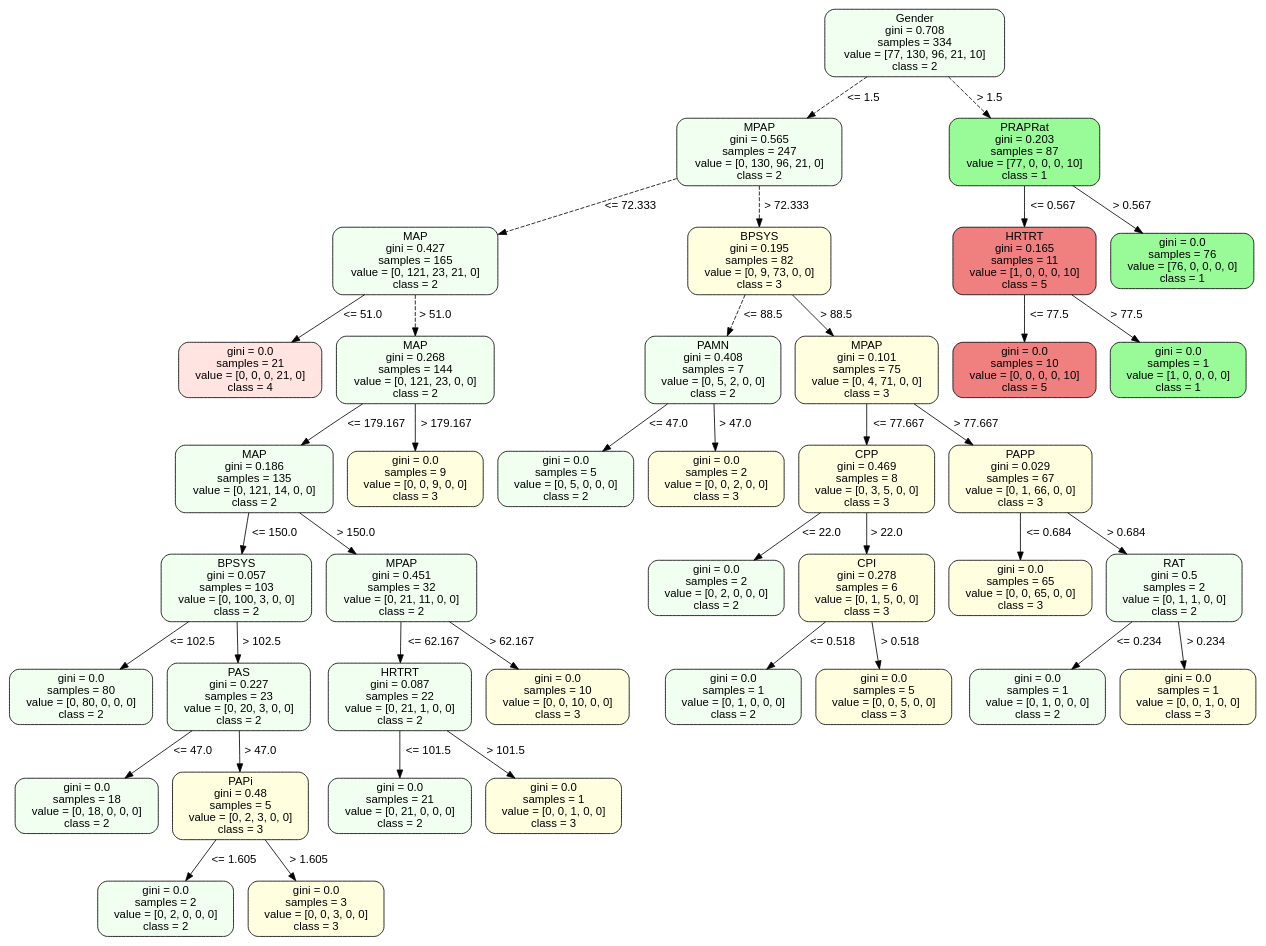
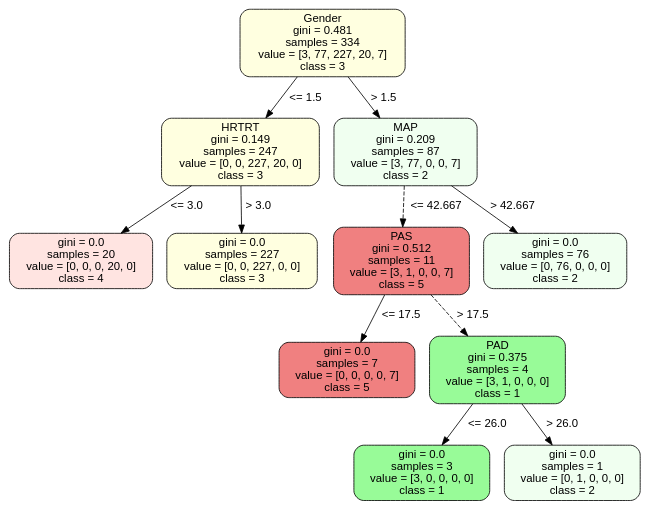
The diagram in TreeFiles/AC_Hemo_Death.dot (jozieLamp/CARNA), drawn with Graphviz before and after one commit. The commit also changed 23 other files, not shown here.

```diff
--- a/TreeFiles/AC_Hemo_Death.dot
+++ b/TreeFiles/AC_Hemo_Death.dot
@@ -1,5 +1,5 @@
 strict digraph Tree {
-	graph [bb="0,0,1306.5,1140"];
+	graph [bb="0,0,660.5,604"];
 	node [color=black,
 		fontname=helvetica,
 		label="\N",
@@ -7,431 +7,123 @@
 		style="filled, rounded"
 	];
 	edge [fontname=helvetica];
-	0	[fillcolor=honeydew,
+	0	[fillcolor=lightyellow,
 		height=1.1528,
-		label="Gender\ngini = 0.708\nsamples = 334\nvalue = [77, 130, 96, 21, 10]\nclass = 2",
-		pos="947.5,1098.5",
-		width=2.5694];
-	1	[fillcolor=honeydew,
+		label="Gender\ngini = 0.481\nsamples = 334\nvalue = [3, 77, 227, 20, 7]\nclass = 3",
+		pos="327.5,562.5",
+		width=2.3611];
+	1	[fillcolor=lightyellow,
 		height=1.1528,
-		label="MPAP\ngini = 0.565\nsamples = 247\nvalue = [0, 130, 96, 21, 0]\nclass = 2",
-		pos="784.5,964.5",
-		width=2.3611];
+		label="HRTRT\ngini = 0.149\nsamples = 247\nvalue = [0, 0, 227, 20, 0]\nclass = 3",
+		pos="241.5,428.5",
+		width=2.25];
 	0 -> 1	[label="<= 1.5",
 		labelangle=45,
 		labeldistance=2.5,
-		lp="891.5,1031.5",
+		lp="307.5,495.5",
 		op="<=",
 		param=1.5,
-		pos="e,834.57,1006 897.26,1056.8 879.99,1042.8 860.5,1027 842.64,1012.6",
-		style=dashed];
-	34	[fillcolor=palegreen,
-		height=1.1528,
-		label="PRAPRat\ngini = 0.203\nsamples = 87\nvalue = [77, 0, 0, 0, 10]\nclass = 1",
-		pos="1062.5,964.5",
-		width=2.1528];
-	0 -> 34	[label="> 1.5",
-		labelangle=-45,
-		labeldistance=2.5,
-		lp="1024,1031.5",
-		op=">",
-		param=1.5,
-		pos="e,1027,1006.3 982.94,1056.8 994.75,1043.3 1008,1028 1020.3,1014",
-		style=dashed];
-	2	[fillcolor=honeydew,
-		height=1.1528,
-		label="MAP\ngini = 0.427\nsamples = 165\nvalue = [0, 121, 23, 21, 0]\nclass = 2",
-		pos="423.5,830.5",
-		width=2.3611];
-	1 -> 2	[label="<= 72.333",
-		lp="646.5,897.5",
-		op="<=",
-		param=72.333,
-		pos="e,508.65,862.63 699.41,932.38 645.02,912.5 574.42,886.68 518.25,866.14",
-		style=dashed];
-	19	[fillcolor=lightyellow,
-		height=1.1528,
-		label="BPSYS\ngini = 0.195\nsamples = 82\nvalue = [0, 9, 73, 0, 0]\nclass = 3",
-		pos="784.5,830.5",
-		width=2.0417];
-	1 -> 19	[label="> 72.333",
-		lp="811.5,897.5",
-		op=">",
-		param=72.333,
-		pos="e,784.5,872.27 784.5,922.82 784.5,910.02 784.5,895.73 784.5,882.32",
-		style=dashed];
-	3	[fillcolor=mistyrose,
-		height=0.94444,
-		label="gini = 0.0\nsamples = 21\nvalue = [0, 0, 0, 21, 0]\nclass = 4",
-		pos="250.5,696.5",
-		width=2.0417];
-	2 -> 3	[label="<= 51.0",
-		lp="366,763.5",
-		op="<=",
-		param=51.0,
-		pos="e,293.79,730.53 370.18,788.82 348.44,772.23 323.4,753.12 301.86,736.69",
+		pos="e,268.07,470.27 301,520.82 292.33,507.52 282.61,492.6 273.58,478.74",
 		style=solid];
 	4	[fillcolor=honeydew,
 		height=1.1528,
-		label="MAP\ngini = 0.268\nsamples = 144\nvalue = [0, 121, 23, 0, 0]\nclass = 2",
-		pos="423.5,696.5",
-		width=2.25];
-	2 -> 4	[label="> 51.0",
-		lp="443,763.5",
+		label="MAP\ngini = 0.209\nsamples = 87\nvalue = [3, 77, 0, 0, 7]\nclass = 2",
+		pos="414.5,428.5",
+		width=2.0417];
+	0 -> 4	[label="> 1.5",
+		labelangle=-45,
+		labeldistance=2.5,
+		lp="390,495.5",
 		op=">",
-		param=51.0,
-		pos="e,423.5,738.27 423.5,788.82 423.5,776.02 423.5,761.73 423.5,748.32",
-		style=dashed];
-	5	[fillcolor=honeydew,
-		height=1.1528,
-		label="MAP\ngini = 0.186\nsamples = 135\nvalue = [0, 121, 14, 0, 0]\nclass = 2",
-		pos="254.5,562.5",
-		width=2.25];
-	4 -> 5	[label="<= 179.167",
-		lp="379.5,629.5",
-		op="<=",
-		param=179.167,
-		pos="e,306.41,604.05 371.42,654.82 353.42,640.76 333.11,624.9 314.53,610.39",
+		param=1.5,
+		pos="e,387.63,470.27 354.31,520.82 363.08,507.52 372.91,492.6 382.04,478.74",
 		style=solid];
-	18	[fillcolor=lightyellow,
+	2	[fillcolor=mistyrose,
 		height=0.94444,
-		label="gini = 0.0\nsamples = 9\nvalue = [0, 0, 9, 0, 0]\nclass = 3",
-		pos="423.5,562.5",
-		width=1.9444];
-	4 -> 18	[label="> 179.167",
-		lp="454,629.5",
-		op=">",
-		param=179.167,
-		pos="e,423.5,596.74 423.5,654.82 423.5,639.68 423.5,622.44 423.5,607.05",
-		style=solid];
-	6	[fillcolor=honeydew,
-		height=1.1528,
-		label="BPSYS\ngini = 0.057\nsamples = 103\nvalue = [0, 100, 3, 0, 0]\nclass = 2",
-		pos="236.5,428.5",
-		width=2.1528];
-	5 -> 6	[label="<= 150.0",
-		lp="274,495.5",
-		op="<=",
-		param=150.0,
-		pos="e,242.06,470.27 248.95,520.82 247.21,508.02 245.26,493.73 243.43,480.32",
-		style=solid];
-	13	[fillcolor=honeydew,
-		height=1.1528,
-		label="MPAP\ngini = 0.451\nsamples = 32\nvalue = [0, 21, 11, 0, 0]\nclass = 2",
-		pos="409.5,428.5",
-		width=2.1528];
-	5 -> 13	[label="> 150.0",
-		lp="360.5,495.5",
-		op=">",
-		param=150.0,
-		pos="e,361.89,470.05 302.27,520.82 318.7,506.83 337.23,491.04 354.21,476.59",
-		style=solid];
-	7	[fillcolor=honeydew,
-		height=0.94444,
-		label="gini = 0.0\nsamples = 80\nvalue = [0, 80, 0, 0, 0]\nclass = 2",
+		label="gini = 0.0\nsamples = 20\nvalue = [0, 0, 0, 20, 0]\nclass = 4",
 		pos="73.5,294.5",
 		width=2.0417];
-	6 -> 7	[label="<= 102.5",
-		lp="188,361.5",
+	1 -> 2	[label="<= 3.0",
+		lp="183.5,361.5",
 		op="<=",
-		param=102.5,
-		pos="e,114.29,328.53 186.26,386.82 165.87,370.3 142.39,351.29 122.16,334.9",
+		param=3.0,
+		pos="e,115.54,328.53 189.72,386.82 168.7,370.3 144.5,351.29 123.65,334.9",
 		style=solid];
-	8	[fillcolor=honeydew,
+	3	[fillcolor=lightyellow,
+		height=0.94444,
+		label="gini = 0.0\nsamples = 227\nvalue = [0, 0, 227, 0, 0]\nclass = 3",
+		pos="242.5,294.5",
+		width=2.1528];
+	1 -> 3	[label="> 3.0",
+		lp="258,361.5",
+		op=">",
+		param=3.0,
+		pos="e,242.25,328.74 241.81,386.82 241.92,371.68 242.05,354.44 242.17,339.05",
+		style=solid];
+	5	[fillcolor=lightcoral,
 		height=1.1528,
-		label="PAS\ngini = 0.227\nsamples = 23\nvalue = [0, 20, 3, 0, 0]\nclass = 2",
-		pos="238.5,294.5",
+		label="PAS\ngini = 0.512\nsamples = 11\nvalue = [3, 1, 0, 0, 7]\nclass = 5",
+		pos="410.5,294.5",
+		width=1.9444];
+	4 -> 5	[label="<= 42.667",
+		lp="444.5,361.5",
+		op="<=",
+		param=42.667,
+		pos="e,411.74,336.27 413.27,386.82 412.88,374.02 412.45,359.73 412.04,346.32",
+		style=dashed];
+	10	[fillcolor=honeydew,
+		height=0.94444,
+		label="gini = 0.0\nsamples = 76\nvalue = [0, 76, 0, 0, 0]\nclass = 2",
+		pos="572.5,294.5",
 		width=2.0417];
-	6 -> 8	[label="> 102.5",
-		lp="261.5,361.5",
+	4 -> 10	[label="> 42.667",
+		lp="525.5,361.5",
 		op=">",
-		param=102.5,
-		pos="e,237.88,336.27 237.12,386.82 237.31,374.02 237.53,359.73 237.73,346.32",
+		param=42.667,
+		pos="e,532.97,328.53 463.19,386.82 482.88,370.37 505.52,351.46 525.07,335.12",
+		style=solid];
+	6	[fillcolor=lightcoral,
+		height=0.94444,
+		label="gini = 0.0\nsamples = 7\nvalue = [0, 0, 0, 0, 7]\nclass = 5",
+		pos="353.5,160.5",
+		width=1.9444];
+	5 -> 6	[label="<= 17.5",
+		lp="408,227.5",
+		op="<=",
+		param=17.5,
+		pos="e,367.86,194.74 392.93,252.82 386.27,237.39 378.67,219.78 371.92,204.17",
+		style=solid];
+	7	[fillcolor=palegreen,
+		height=1.1528,
+		label="PAD\ngini = 0.375\nsamples = 4\nvalue = [3, 1, 0, 0, 0]\nclass = 1",
+		pos="511.5,160.5",
+		width=1.9444];
+	5 -> 7	[label="> 17.5",
+		lp="484,227.5",
+		op=">",
+		param=17.5,
+		pos="e,480.3,202.27 441.63,252.82 451.9,239.39 463.43,224.32 474.12,210.35",
+		style=dashed];
+	8	[fillcolor=palegreen,
+		height=0.94444,
+		label="gini = 0.0\nsamples = 3\nvalue = [3, 0, 0, 0, 0]\nclass = 1",
+		pos="432.5,34",
+		width=1.9444];
+	7 -> 8	[label="<= 26.0",
+		lp="498,93.5",
+		op="<=",
+		param=26.0,
+		pos="e,453.68,68.379 485.63,118.73 477.14,105.35 467.69,90.465 459.15,76.995",
 		style=solid];
 	9	[fillcolor=honeydew,
 		height=0.94444,
-		label="gini = 0.0\nsamples = 18\nvalue = [0, 18, 0, 0, 0]\nclass = 2",
-		pos="78.5,160.5",
-		width=2.0417];
-	8 -> 9	[label="<= 47.0",
-		lp="187,227.5",
-		op="<=",
-		param=47.0,
-		pos="e,118.54,194.53 189.19,252.82 169.17,236.3 146.12,217.29 126.26,200.9",
-		style=solid];
-	10	[fillcolor=lightyellow,
-		height=1.1528,
-		label="PAPi\ngini = 0.48\nsamples = 5\nvalue = [0, 2, 3, 0, 0]\nclass = 3",
-		pos="240.5,160.5",
+		label="gini = 0.0\nsamples = 1\nvalue = [0, 1, 0, 0, 0]\nclass = 2",
+		pos="590.5,34",
 		width=1.9444];
-	8 -> 10	[label="> 47.0",
-		lp="260,227.5",
+	7 -> 9	[label="> 26.0",
+		lp="578,93.5",
 		op=">",
-		param=47.0,
-		pos="e,239.88,202.27 239.12,252.82 239.31,240.02 239.53,225.73 239.73,212.32",
-		style=solid];
-	11	[fillcolor=honeydew,
-		height=0.94444,
-		label="gini = 0.0\nsamples = 2\nvalue = [0, 2, 0, 0, 0]\nclass = 2",
-		pos="161.5,34",
-		width=1.9444];
-	10 -> 11	[label="<= 1.605",
-		lp="231,93.5",
-		op="<=",
-		param=1.605,
-		pos="e,182.68,68.379 214.63,118.73 206.14,105.35 196.69,90.465 188.15,76.995",
-		style=solid];
-	12	[fillcolor=lightyellow,
-		height=0.94444,
-		label="gini = 0.0\nsamples = 3\nvalue = [0, 0, 3, 0, 0]\nclass = 3",
-		pos="319.5,34",
-		width=1.9444];
-	10 -> 12	[label="> 1.605",
-		lp="310.5,93.5",
-		op=">",
-		param=1.605,
-		pos="e,298.32,68.379 266.37,118.73 274.86,105.35 284.31,90.465 292.85,76.995",
-		style=solid];
-	14	[fillcolor=honeydew,
-		height=1.1528,
-		label="HRTRT\ngini = 0.087\nsamples = 22\nvalue = [0, 21, 1, 0, 0]\nclass = 2",
-		pos="407.5,294.5",
-		width=2.0417];
-	13 -> 14	[label="<= 62.167",
-		lp="440.5,361.5",
-		op="<=",
-		param=62.167,
-		pos="e,408.12,336.27 408.88,386.82 408.69,374.02 408.47,359.73 408.27,346.32",
-		style=solid];
-	17	[fillcolor=lightyellow,
-		height=0.94444,
-		label="gini = 0.0\nsamples = 10\nvalue = [0, 0, 10, 0, 0]\nclass = 3",
-		pos="572.5,294.5",
-		width=2.0417];
-	13 -> 17	[label="> 62.167",
-		lp="523.5,361.5",
-		op=">",
-		param=62.167,
-		pos="e,531.71,328.53 459.74,386.82 480.13,370.3 503.61,351.29 523.84,334.9",
-		style=solid];
-	15	[fillcolor=honeydew,
-		height=0.94444,
-		label="gini = 0.0\nsamples = 21\nvalue = [0, 21, 0, 0, 0]\nclass = 2",
-		pos="407.5,160.5",
-		width=2.0417];
-	14 -> 15	[label="<= 101.5",
-		lp="435,227.5",
-		op="<=",
-		param=101.5,
-		pos="e,407.5,194.74 407.5,252.82 407.5,237.68 407.5,220.44 407.5,205.05",
-		style=solid];
-	16	[fillcolor=lightyellow,
-		height=0.94444,
-		label="gini = 0.0\nsamples = 1\nvalue = [0, 0, 1, 0, 0]\nclass = 3",
-		pos="569.5,160.5",
-		width=1.9444];
-	14 -> 16	[label="> 101.5",
-		lp="516.5,227.5",
-		op=">",
-		param=101.5,
-		pos="e,528.96,194.53 457.43,252.82 477.7,236.3 501.03,217.29 521.14,200.9",
-		style=solid];
-	20	[fillcolor=honeydew,
-		height=1.1528,
-		label="PAMN\ngini = 0.408\nsamples = 7\nvalue = [0, 5, 2, 0, 0]\nclass = 2",
-		pos="735.5,696.5",
-		width=1.9444];
-	19 -> 20	[label="<= 88.5",
-		lp="785,763.5",
-		op="<=",
-		param=88.5,
-		pos="e,750.64,738.27 769.4,788.82 764.6,775.9 759.24,761.45 754.22,747.92",
-		style=dashed];
-	23	[fillcolor=lightyellow,
-		height=1.1528,
-		label="MPAP\ngini = 0.101\nsamples = 75\nvalue = [0, 4, 71, 0, 0]\nclass = 3",
-		pos="897.5,696.5",
-		width=2.0417];
-	19 -> 23	[label="> 88.5",
-		lp="864,763.5",
-		op=">",
-		param=88.5,
-		pos="e,862.59,738.27 819.33,788.82 830.93,775.27 843.96,760.04 856.01,745.96",
-		style=solid];
-	21	[fillcolor=honeydew,
-		height=0.94444,
-		label="gini = 0.0\nsamples = 5\nvalue = [0, 5, 0, 0, 0]\nclass = 2",
-		pos="581.5,562.5",
-		width=1.9444];
-	20 -> 21	[label="<= 47.0",
-		lp="687,629.5",
-		op="<=",
-		param=47.0,
-		pos="e,620.03,596.53 688.04,654.82 668.85,638.37 646.78,619.46 627.72,603.12",
-		style=solid];
-	22	[fillcolor=lightyellow,
-		height=0.94444,
-		label="gini = 0.0\nsamples = 2\nvalue = [0, 0, 2, 0, 0]\nclass = 3",
-		pos="739.5,562.5",
-		width=1.9444];
-	20 -> 22	[label="> 47.0",
-		lp="758,629.5",
-		op=">",
-		param=47.0,
-		pos="e,738.49,596.74 736.73,654.82 737.19,639.68 737.71,622.44 738.18,607.05",
-		style=solid];
-	24	[fillcolor=lightyellow,
-		height=1.1528,
-		label="CPP\ngini = 0.469\nsamples = 8\nvalue = [0, 3, 5, 0, 0]\nclass = 3",
-		pos="897.5,562.5",
-		width=1.9444];
-	23 -> 24	[label="<= 77.667",
-		lp="928.5,629.5",
-		op="<=",
-		param=77.667,
-		pos="e,897.5,604.27 897.5,654.82 897.5,642.02 897.5,627.73 897.5,614.32",
-		style=solid];
-	29	[fillcolor=lightyellow,
-		height=1.1528,
-		label="PAPP\ngini = 0.029\nsamples = 67\nvalue = [0, 1, 66, 0, 0]\nclass = 3",
-		pos="1059.5,562.5",
-		width=2.0417];
-	23 -> 29	[label="> 77.667",
-		lp="1010.5,629.5",
-		op=">",
-		param=77.667,
-		pos="e,1009.7,604.05 947.43,654.82 964.6,640.83 983.97,625.04 1001.7,610.59",
-		style=solid];
-	25	[fillcolor=honeydew,
-		height=0.94444,
-		label="gini = 0.0\nsamples = 2\nvalue = [0, 2, 0, 0, 0]\nclass = 2",
-		pos="739.5,428.5",
-		width=1.9444];
-	24 -> 25	[label="<= 22.0",
-		lp="847,495.5",
-		op="<=",
-		param=22.0,
-		pos="e,779.03,462.53 848.81,520.82 829.12,504.37 806.48,485.46 786.93,469.12",
-		style=solid];
-	26	[fillcolor=lightyellow,
-		height=1.1528,
-		label="CPI\ngini = 0.278\nsamples = 6\nvalue = [0, 1, 5, 0, 0]\nclass = 3",
-		pos="897.5,428.5",
-		width=1.9444];
-	24 -> 26	[label="> 22.0",
-		lp="917,495.5",
-		op=">",
-		param=22.0,
-		pos="e,897.5,470.27 897.5,520.82 897.5,508.02 897.5,493.73 897.5,480.32",
-		style=solid];
-	27	[fillcolor=honeydew,
-		height=0.94444,
-		label="gini = 0.0\nsamples = 1\nvalue = [0, 1, 0, 0, 0]\nclass = 2",
-		pos="758.5,294.5",
-		width=1.9444];
-	26 -> 27	[label="<= 0.518",
-		lp="860,361.5",
-		op="<=",
-		param=0.518,
-		pos="e,793.51,328.74 854.66,386.82 837.64,370.66 818.11,352.11 801.12,335.97",
-		style=solid];
-	28	[fillcolor=lightyellow,
-		height=0.94444,
-		label="gini = 0.0\nsamples = 5\nvalue = [0, 0, 5, 0, 0]\nclass = 3",
-		pos="916.5,294.5",
-		width=1.9444];
-	26 -> 28	[label="> 0.518",
-		lp="931.5,361.5",
-		op=">",
-		param=0.518,
-		pos="e,911.71,328.74 903.36,386.82 905.54,371.68 908.02,354.44 910.23,339.05",
-		style=solid];
-	30	[fillcolor=lightyellow,
-		height=0.94444,
-		label="gini = 0.0\nsamples = 65\nvalue = [0, 0, 65, 0, 0]\nclass = 3",
-		pos="1059.5,428.5",
-		width=2.0417];
-	29 -> 30	[label="<= 0.684",
-		lp="1087,495.5",
-		op="<=",
-		param=0.684,
-		pos="e,1059.5,462.74 1059.5,520.82 1059.5,505.68 1059.5,488.44 1059.5,473.05",
-		style=solid];
-	31	[fillcolor=honeydew,
-		height=1.1528,
-		label="RAT\ngini = 0.5\nsamples = 2\nvalue = [0, 1, 1, 0, 0]\nclass = 2",
-		pos="1221.5,428.5",
-		width=1.9444];
-	29 -> 31	[label="> 0.684",
-		lp="1168.5,495.5",
-		op=">",
-		param=0.684,
-		pos="e,1171.7,470.05 1109.4,520.82 1126.6,506.83 1146,491.04 1163.7,476.59",
-		style=solid];
-	32	[fillcolor=honeydew,
-		height=0.94444,
-		label="gini = 0.0\nsamples = 1\nvalue = [0, 1, 0, 0, 0]\nclass = 2",
-		pos="1078.5,294.5",
-		width=1.9444];
-	31 -> 32	[label="<= 0.234",
-		lp="1182,361.5",
-		op="<=",
-		param=0.234,
-		pos="e,1114.5,328.74 1177.4,386.82 1159.8,370.51 1139.5,351.78 1121.9,335.54",
-		style=solid];
-	33	[fillcolor=lightyellow,
-		height=0.94444,
-		label="gini = 0.0\nsamples = 1\nvalue = [0, 0, 1, 0, 0]\nclass = 3",
-		pos="1236.5,294.5",
-		width=1.9444];
-	31 -> 33	[label="> 0.234",
-		lp="1252.5,361.5",
-		op=">",
-		param=0.234,
-		pos="e,1232.7,328.74 1226.1,386.82 1227.8,371.68 1229.8,354.44 1231.6,339.05",
-		style=solid];
-	35	[fillcolor=lightcoral,
-		height=1.1528,
-		label="HRTRT\ngini = 0.165\nsamples = 11\nvalue = [1, 0, 0, 0, 10]\nclass = 5",
-		pos="1062.5,830.5",
-		width=2.0417];
-	34 -> 35	[label="<= 0.567",
-		lp="1090,897.5",
-		op="<=",
-		param=0.567,
-		pos="e,1062.5,872.27 1062.5,922.82 1062.5,910.02 1062.5,895.73 1062.5,882.32",
-		style=solid];
-	38	[fillcolor=palegreen,
-		height=0.94444,
-		label="gini = 0.0\nsamples = 76\nvalue = [76, 0, 0, 0, 0]\nclass = 1",
-		pos="1227.5,830.5",
-		width=2.0417];
-	34 -> 38	[label="> 0.567",
-		lp="1173.5,897.5",
-		op=">",
-		param=0.567,
-		pos="e,1186.2,864.53 1113.4,922.82 1134,906.3 1157.8,887.29 1178.2,870.9",
-		style=solid];
-	36	[fillcolor=lightcoral,
-		height=0.94444,
-		label="gini = 0.0\nsamples = 10\nvalue = [0, 0, 0, 0, 10]\nclass = 5",
-		pos="1062.5,696.5",
-		width=2.0417];
-	35 -> 36	[label="<= 77.5",
-		lp="1086,763.5",
-		op="<=",
-		param=77.5,
-		pos="e,1062.5,730.74 1062.5,788.82 1062.5,773.68 1062.5,756.44 1062.5,741.05",
-		style=solid];
-	37	[fillcolor=palegreen,
-		height=0.94444,
-		label="gini = 0.0\nsamples = 1\nvalue = [1, 0, 0, 0, 0]\nclass = 1",
-		pos="1224.5,696.5",
-		width=1.9444];
-	35 -> 37	[label="> 77.5",
-		lp="1168,763.5",
-		op=">",
-		param=77.5,
-		pos="e,1184,730.53 1112.4,788.82 1132.7,772.3 1156,753.29 1176.1,736.9",
+		param=26.0,
+		pos="e,569.32,68.379 537.37,118.73 545.86,105.35 555.31,90.465 563.85,76.995",
 		style=solid];
 }
```
